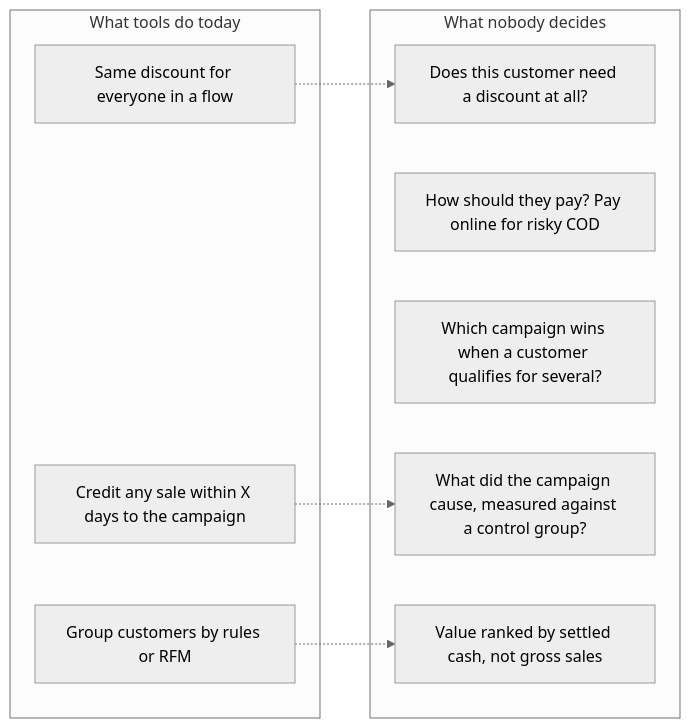
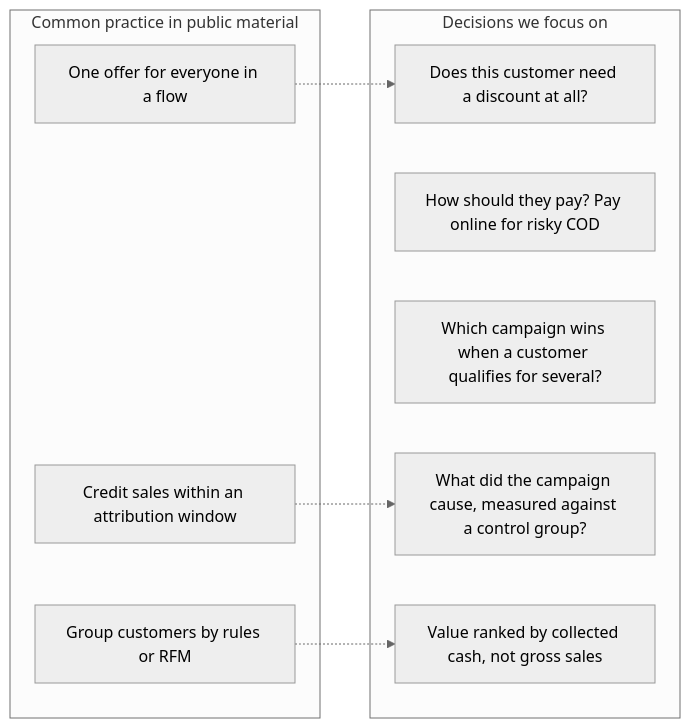
One commit to akshatj28/razorpay-retention-agent changed the third of 3 diagrams in docs/RESEARCH.md. Above: the diagram before and after it, drawn with Mermaid (neutral theme). The commit also changed other lines of this file and 1 other file, not shown here.

````diff
--- a/docs/RESEARCH.md
+++ b/docs/RESEARCH.md
@@ -123,18 +129,18 @@
 ```mermaid
 flowchart LR
-    subgraph Today["What tools do today"]
+    subgraph Today["Common practice in public material"]
         T2["Group customers by rules or RFM"]
-        T4["Same discount for everyone in a flow"]
-        T5["Credit any sale within X days to the campaign"]
+        T4["One offer for everyone in a flow"]
+        T5["Credit sales within an attribution window"]
     end
-    subgraph Gap["What nobody decides"]
+    subgraph Gap["Decisions we focus on"]
         G1["Does this customer need a discount at all?"]
         G2["How should they pay? Pay online for risky COD"]
         G3["Which campaign wins when a customer qualifies for several?"]
         G4["What did the campaign cause, measured against a control group?"]
-        G5["Value ranked by settled cash, not gross sales"]
+        G5["Value ranked by collected cash, not gross sales"]
     end
     T4 -.-> G1
     T5 -.-> G4
     T2 -.-> G5
 ```
````
